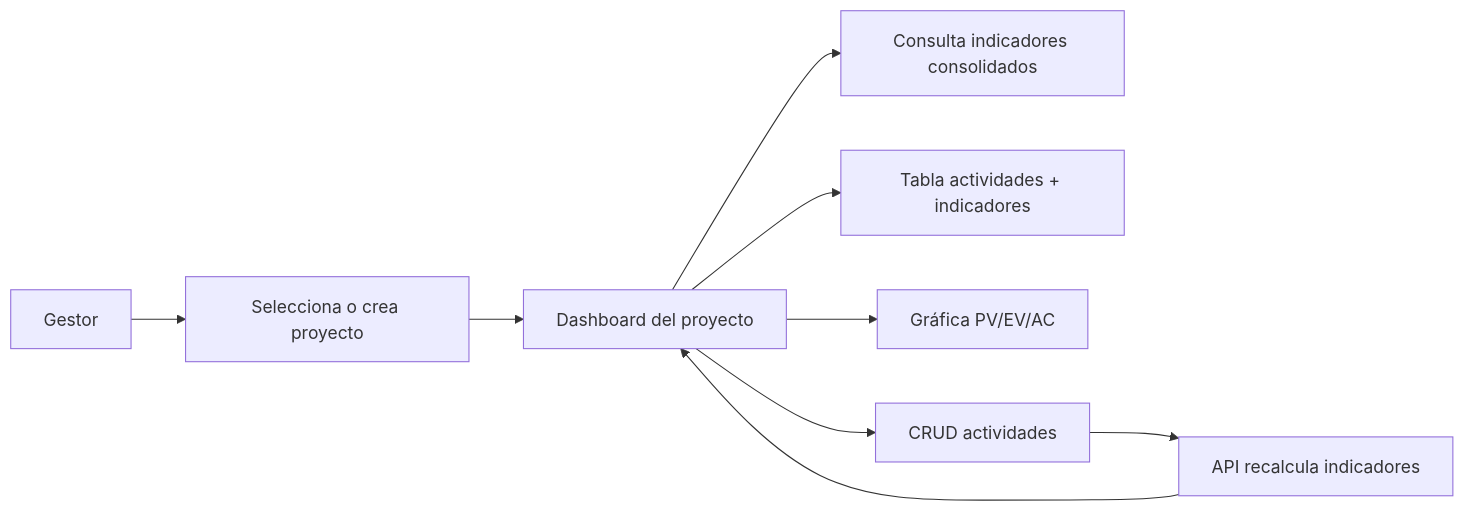
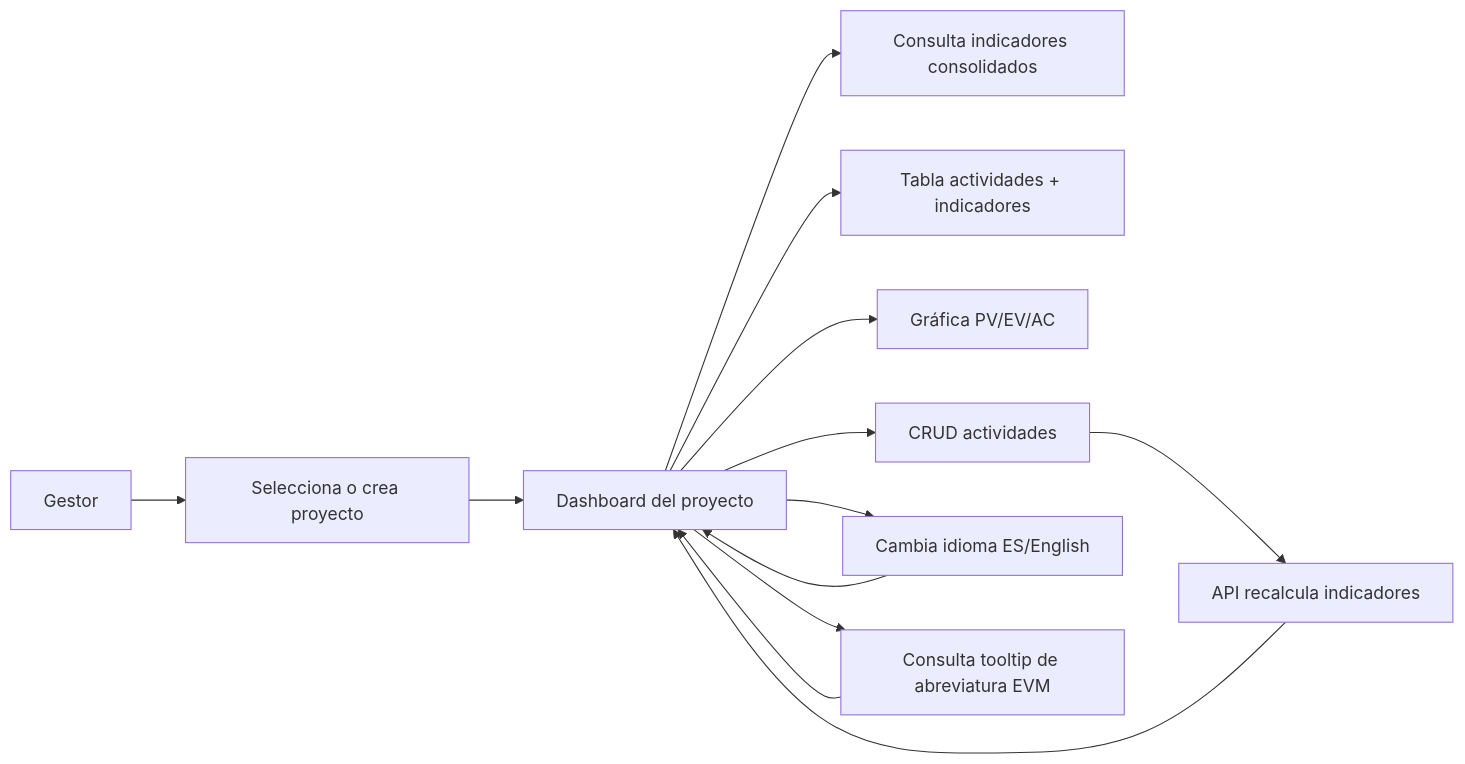
The diagram in .makia/docs/specs/apps/frontend/evm-project-tool-frontend/requirements.md (pablo3dev/evm_calculator), drawn with Mermaid before and after one commit. The commit also changed other lines of this file and 34 other files, not shown here.

````diff
--- a/.makia/docs/specs/apps/frontend/evm-project-tool-frontend/requirements.md
+++ b/.makia/docs/specs/apps/frontend/evm-project-tool-frontend/requirements.md
@@ -90,11 +96,15 @@
 ```mermaid
 flowchart LR
   A[Gestor] --> B[Selecciona o crea proyecto]
   B --> C[Dashboard del proyecto]
   C --> D[Consulta indicadores consolidados]
   C --> E[Tabla actividades + indicadores]
   C --> F[Gráfica PV/EV/AC]
   C --> G[CRUD actividades]
   G --> H[API recalcula indicadores]
   H --> C
+  C --> I[Cambia idioma ES/English]
+  I --> C
+  C --> J[Consulta tooltip de abreviatura EVM]
+  J --> C
 ```
````
